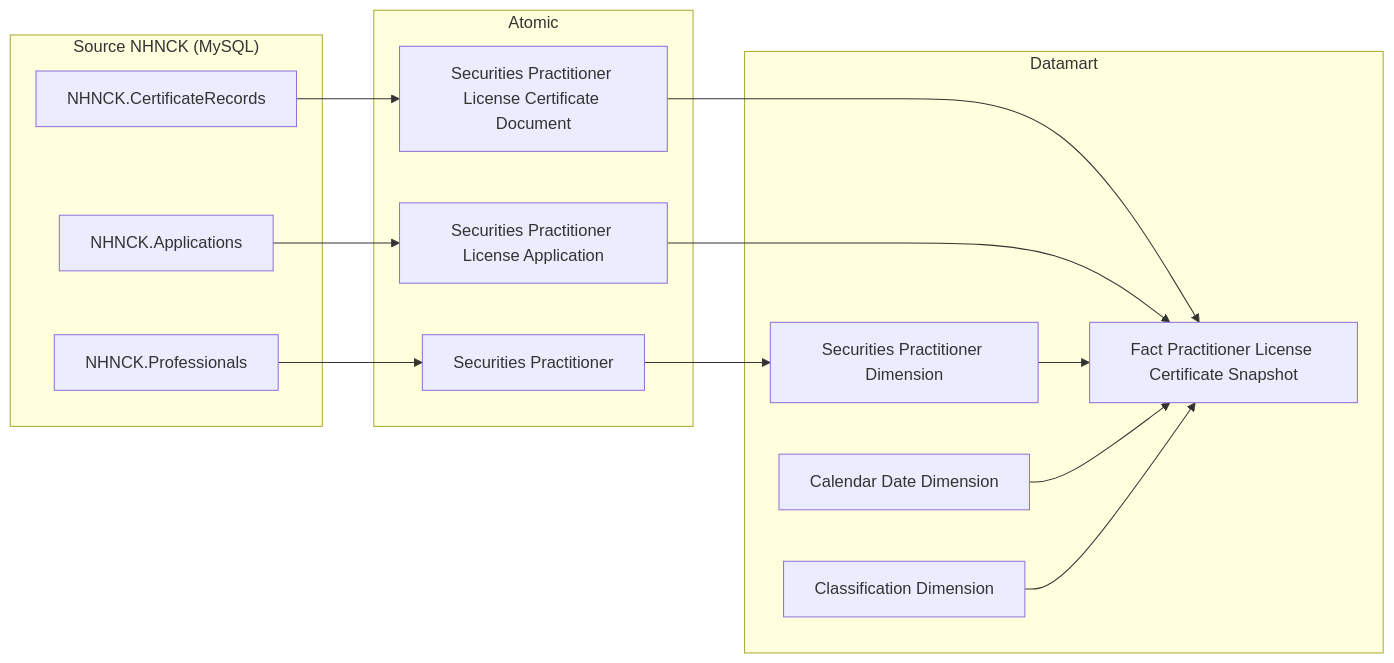
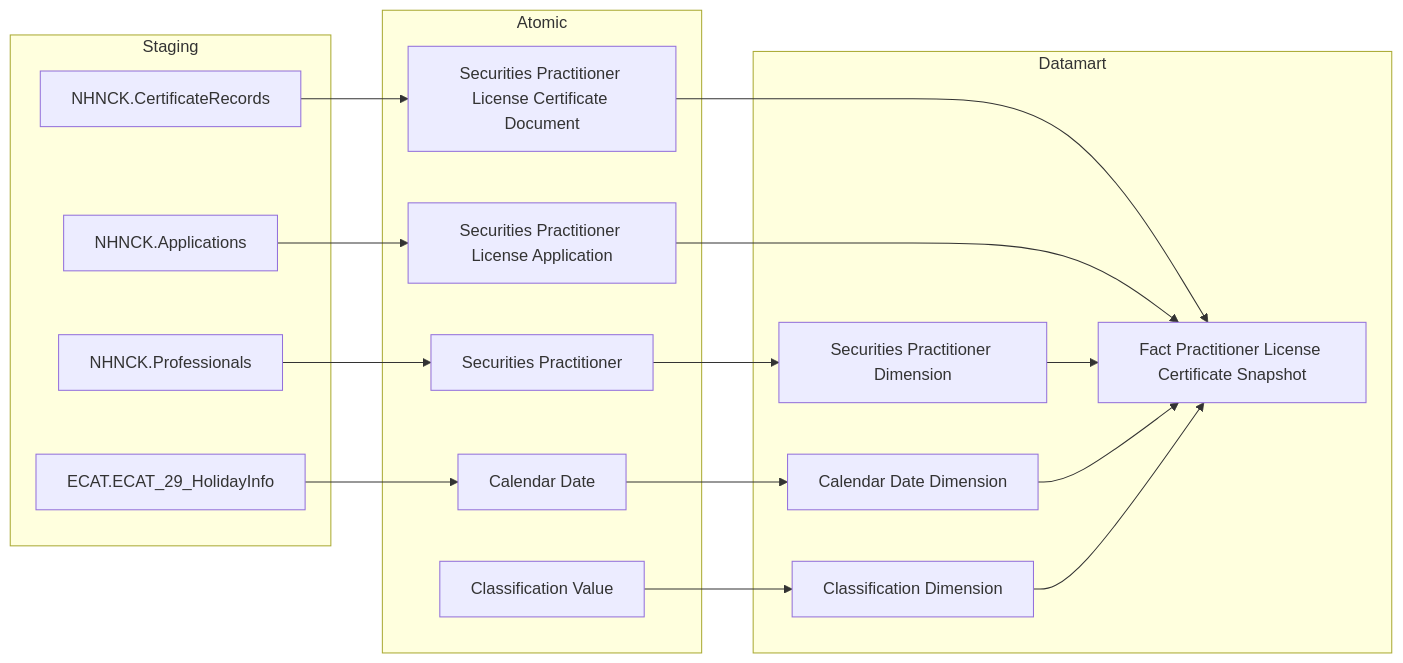
Before and after one commit to linhlvit/ubck_atomic_design: the first of 31 diagrams in Datamart/hld/DTM_NHNCK_HLD.md, drawn with Mermaid. The commit also changed other lines of this file and 11 other files, not shown here.

````diff
--- a/Datamart/hld/DTM_NHNCK_HLD.md
+++ b/Datamart/hld/DTM_NHNCK_HLD.md
@@ -15,33 +15,39 @@
 ```mermaid
 flowchart LR
-    subgraph SRC["Source NHNCK (MySQL)"]
+    subgraph SRC["Staging"]
         S1["NHNCK.CertificateRecords"]
         S2["NHNCK.Professionals"]
         S3["NHNCK.Applications"]
+        ECAT_ECAT_29_HolidayInfo["ECAT.ECAT_29_HolidayInfo"]
     end
 
     subgraph SIL["Atomic"]
         SV1["Securities Practitioner License Certificate Document"]
         SV2["Securities Practitioner"]
         SV3["Securities Practitioner License Application"]
+        Calendar_Date["Calendar Date"]
+        Classification_Value["Classification Value"]
     end
 
-    subgraph Datamart["Datamart"]
+    subgraph GOLD["Datamart"]
         G1["Fact Practitioner License Certificate Snapshot"]
         G2["Securities Practitioner Dimension"]
         G3["Calendar Date Dimension"]
         G4["Classification Dimension"]
     end
 
     S1 --> SV1
     S2 --> SV2
     S3 --> SV3
+    ECAT_ECAT_29_HolidayInfo --> Calendar_Date
 
     SV1 --> G1
     SV3 --> G1
     SV2 --> G2
+    Calendar_Date --> G3
+    Classification_Value --> G4
 
     G2 --> G1
     G3 --> G1
     G4 --> G1
 ```
````
